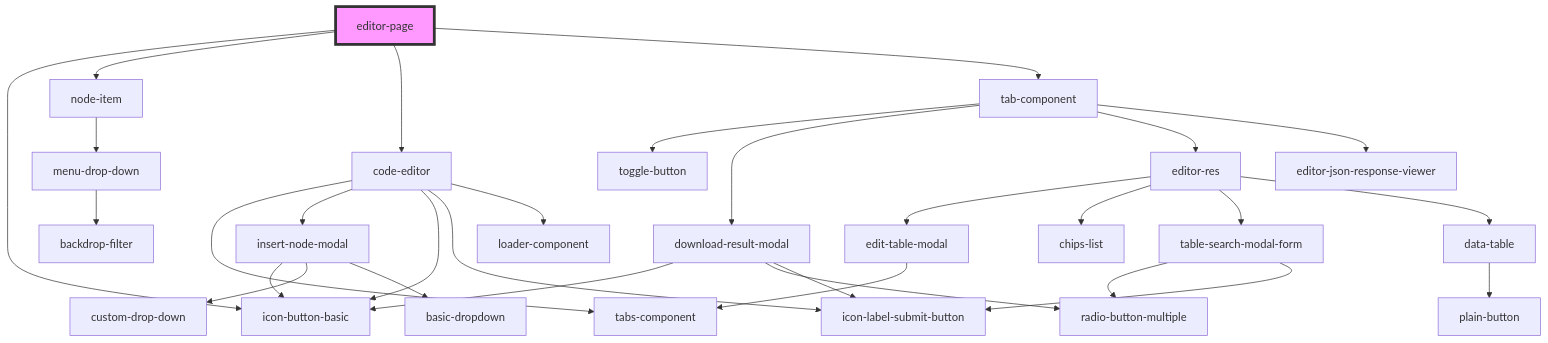
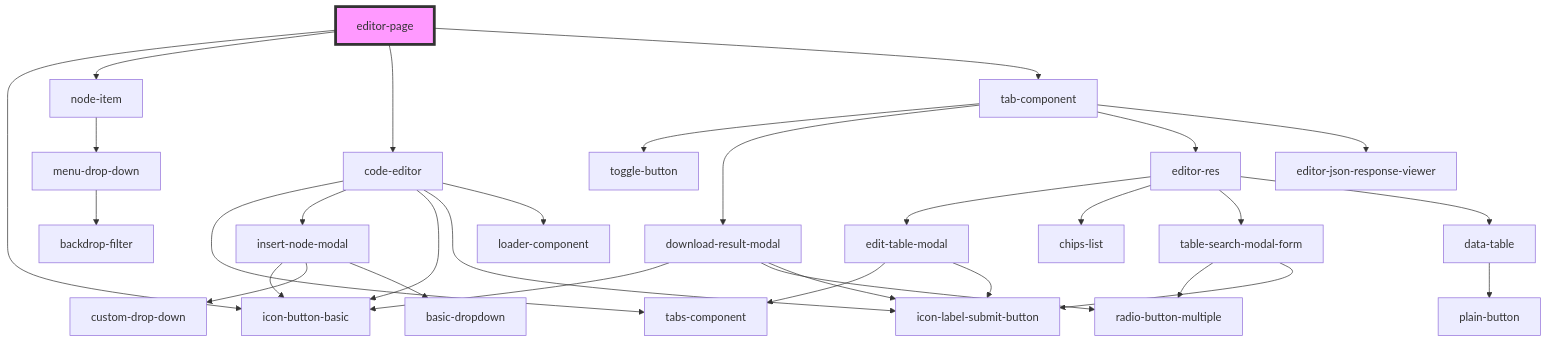
The diagram in src/components/editorPage/editor-page/readme.md (techvariable/NeptuneConnectComponents), drawn with Mermaid before and after one commit. The commit also changed 6 other files, not shown here.

````diff
--- a/src/components/editorPage/editor-page/readme.md
+++ b/src/components/editorPage/editor-page/readme.md
@@ -25,33 +25,34 @@
 ```mermaid
 graph TD;
   editor-page --> icon-button-basic
   editor-page --> node-item
   editor-page --> code-editor
   editor-page --> tab-component
   node-item --> menu-drop-down
   menu-drop-down --> backdrop-filter
   code-editor --> tabs-component
   code-editor --> insert-node-modal
   code-editor --> icon-button-basic
   code-editor --> icon-label-submit-button
   code-editor --> loader-component
   insert-node-modal --> icon-button-basic
   insert-node-modal --> custom-drop-down
   insert-node-modal --> basic-dropdown
   tab-component --> toggle-button
   tab-component --> download-result-modal
   tab-component --> editor-res
   tab-component --> editor-json-response-viewer
   download-result-modal --> icon-button-basic
   download-result-modal --> radio-button-multiple
   download-result-modal --> icon-label-submit-button
   editor-res --> edit-table-modal
   editor-res --> chips-list
   editor-res --> table-search-modal-form
   editor-res --> data-table
   edit-table-modal --> tabs-component
+  edit-table-modal --> icon-label-submit-button
   table-search-modal-form --> radio-button-multiple
   table-search-modal-form --> icon-label-submit-button
   data-table --> plain-button
   style editor-page fill:#f9f,stroke:#333,stroke-width:4px
 ```
````
